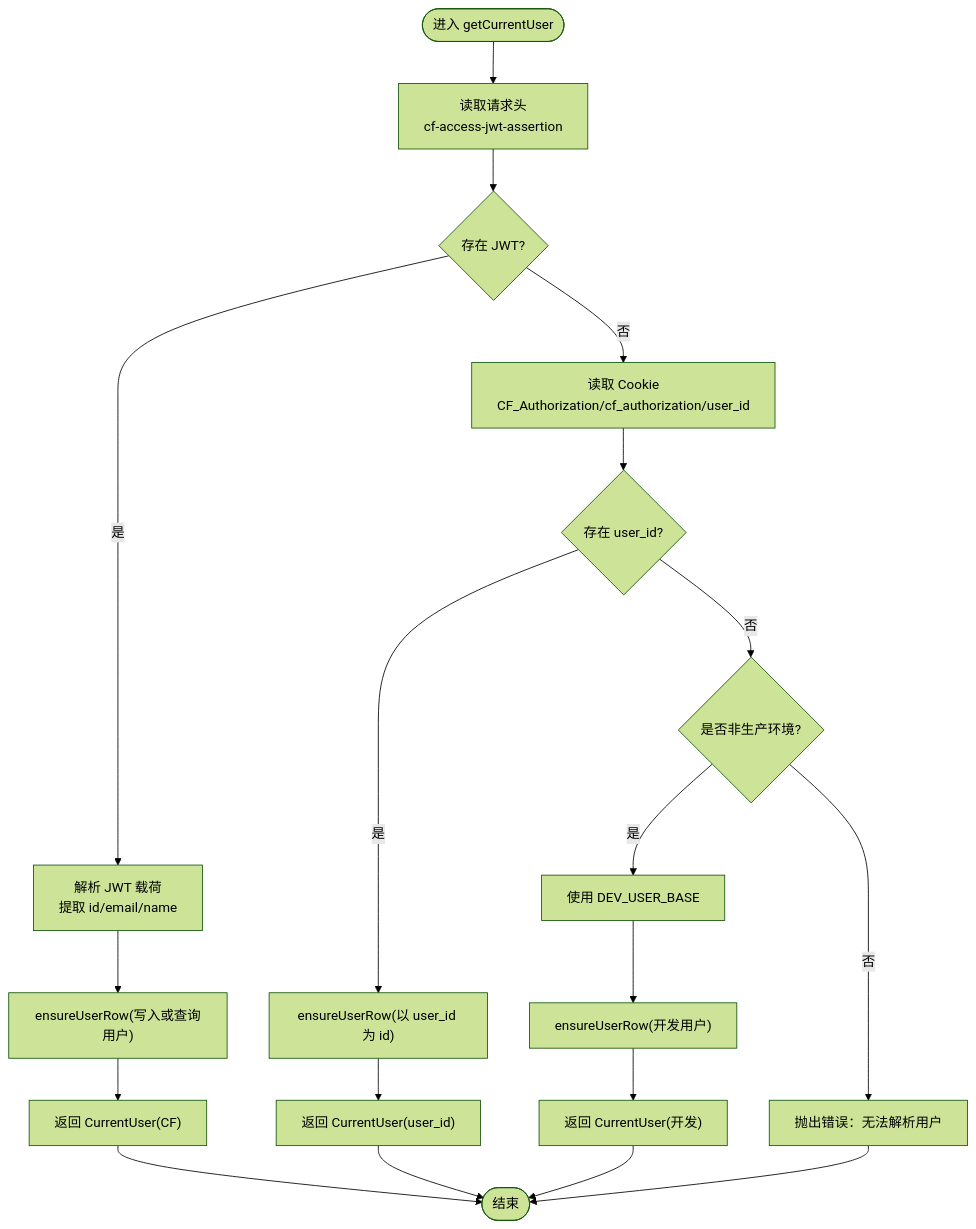
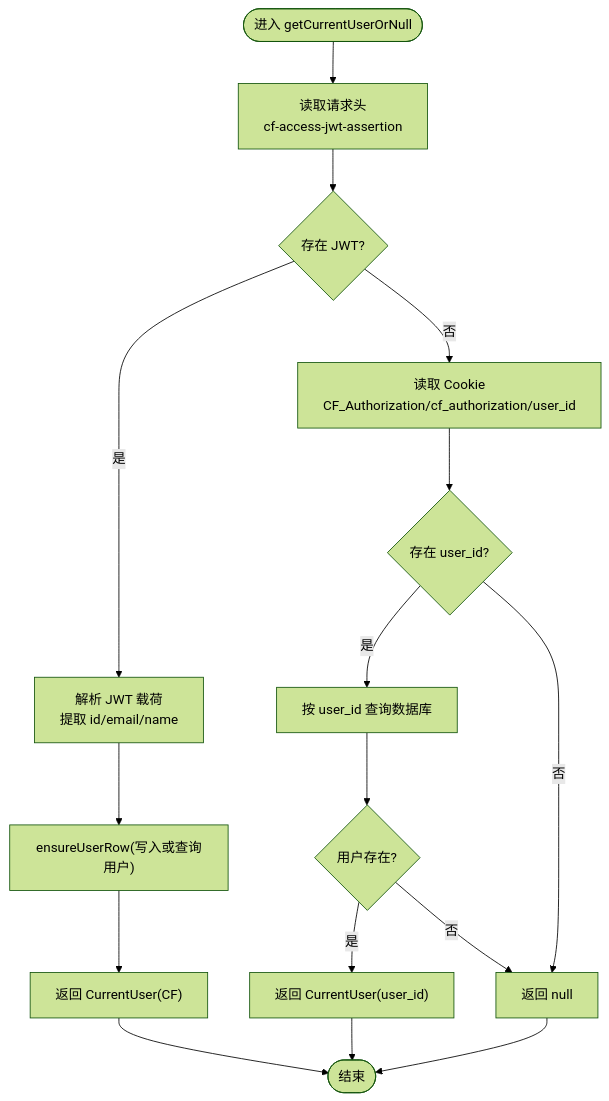
Before and after one commit to pnnh/weable: the third of 5 diagrams in .qoder/repowiki/zh/content/架构设计/认证架构设计/会话处理机制.md, drawn with Mermaid (forest theme). The commit also changed other lines of this file and 161 other files, not shown here.

````diff
--- a/.qoder/repowiki/zh/content/架构设计/认证架构设计/会话处理机制.md
+++ b/.qoder/repowiki/zh/content/架构设计/认证架构设计/会话处理机制.md
@@ -130,21 +151,18 @@
 ```mermaid
 flowchart TD
-Start(["进入 getCurrentUser"]) --> ReadHeaders["读取请求头<br/>cf-access-jwt-assertion"]
+Start(["进入 getCurrentUserOrNull"]) --> ReadHeaders["读取请求头<br/>cf-access-jwt-assertion"]
 ReadHeaders --> CheckJWT{"存在 JWT?"}
 CheckJWT --> |是| ParseJWT["解析 JWT 载荷<br/>提取 id/email/name"]
 ParseJWT --> EnsureUser["ensureUserRow(写入或查询用户)"]
 EnsureUser --> ReturnCF["返回 CurrentUser(CF)"]
 CheckJWT --> |否| ReadCookies["读取 Cookie<br/>CF_Authorization/cf_authorization/user_id"]
 ReadCookies --> HasUserId{"存在 user_id?"}
-HasUserId --> |是| EnsureUserDev["ensureUserRow(以 user_id 为 id)"]
-EnsureUserDev --> ReturnUID["返回 CurrentUser(user_id)"]
-HasUserId --> |否| EnvCheck{"是否非生产环境?"}
-EnvCheck --> |是| UseDev["使用 DEV_USER_BASE"]
-UseDev --> EnsureUserDev2["ensureUserRow(开发用户)"]
-EnsureUserDev2 --> ReturnDev["返回 CurrentUser(开发)"]
-EnvCheck --> |否| ThrowErr["抛出错误：无法解析用户"]
+HasUserId --> |是| QueryDB["按 user_id 查询数据库"]
+QueryDB --> UserExists{"用户存在?"}
+UserExists --> |是| ReturnUID["返回 CurrentUser(user_id)"]
+UserExists --> |否| ReturnNull["返回 null"]
+HasUserId --> |否| ReturnNull
 ReturnCF --> End(["结束"])
 ReturnUID --> End
-ReturnDev --> End
-ThrowErr --> End
+ReturnNull --> End
 ```
````
